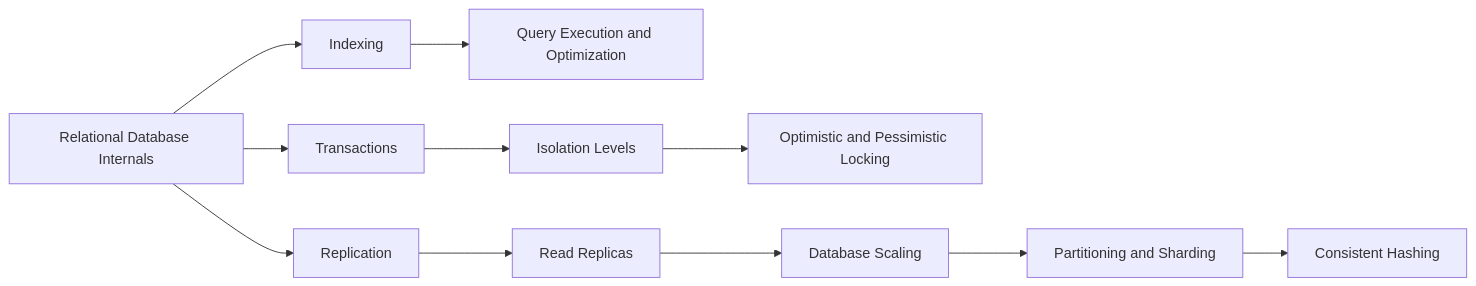
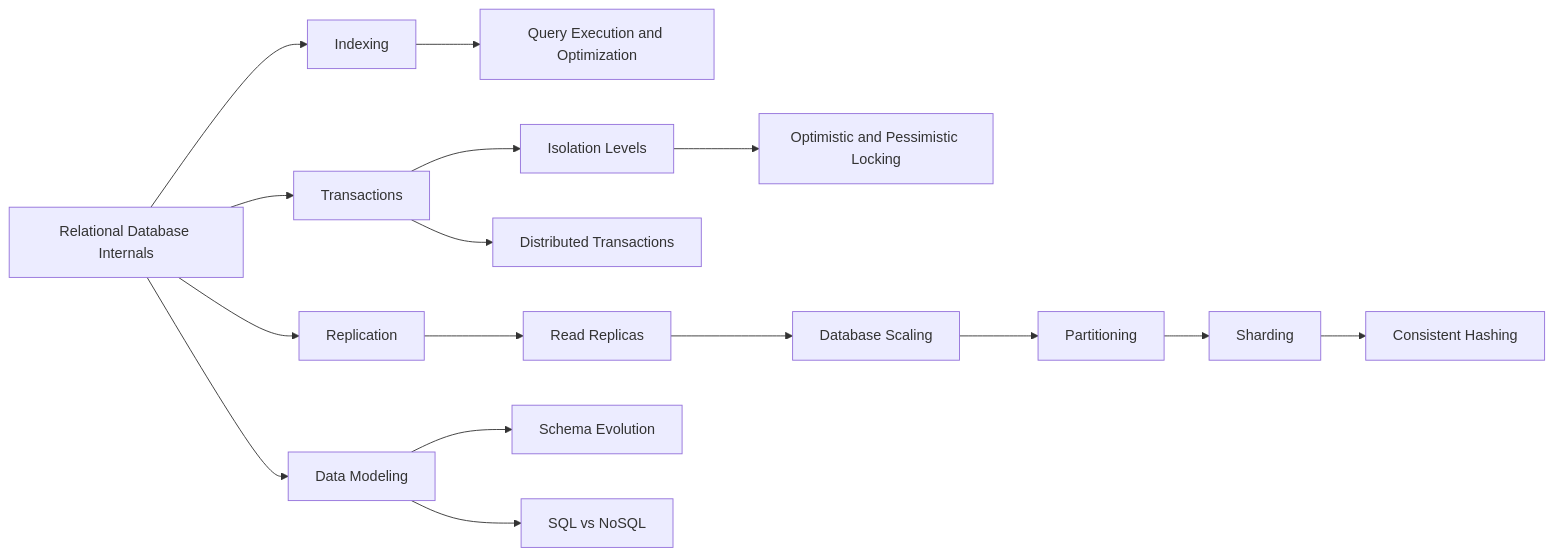
One commit to kunal-ladh/learn-system-design changed the diagram in HLD/01 HLD & System Design/Databases/Databases MOC.md. Above: the diagram before and after it, drawn with Mermaid. The commit also changed other lines of this file and 195 other files, not shown here.

````diff
--- a/HLD/01 HLD & System Design/Databases/Databases MOC.md
+++ b/HLD/01 HLD & System Design/Databases/Databases MOC.md
@@ -23,13 +25,19 @@
 ```mermaid
 flowchart LR
     A[Relational Database Internals] --> B[Indexing]
     B --> C[Query Execution and Optimization]
     A --> D[Transactions]
     D --> E[Isolation Levels]
     E --> F[Optimistic and Pessimistic Locking]
+    D --> P[Distributed Transactions]
     A --> G[Replication]
     G --> H[Read Replicas]
     H --> I[Database Scaling]
-    I --> J[Partitioning and Sharding]
-    J --> K[Consistent Hashing]
+    I --> J1[Partitioning]
+    J1 --> J2[Sharding]
+    J2 --> K[Consistent Hashing]
+    A --> M[Data Modeling]
+    M --> N[Schema Evolution]
+    M --> O[SQL vs NoSQL]
+    class A,B,C,D,E,F,G,H,I,J1,J2,K,M,N,O,P internal-link;
 ```
````
